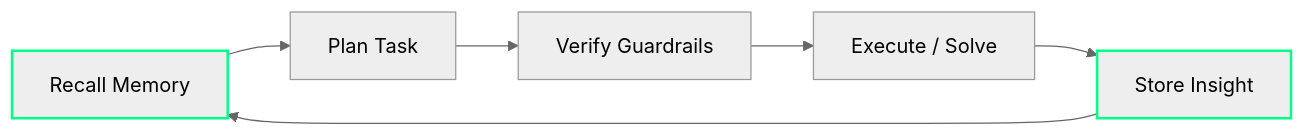
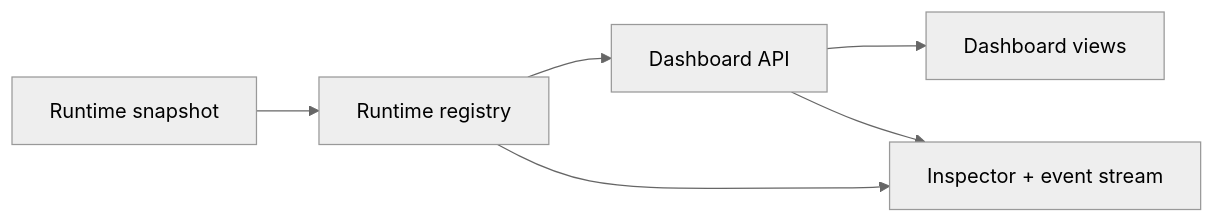
Before and after one commit to sir-ad/nexus-prime: the seventh of 8 diagrams in docs/ARCHITECTURE_DIAGRAMS.md, drawn with Mermaid (neutral theme). The commit also changed other lines of this file and 46 other files, not shown here.

````diff
--- a/docs/ARCHITECTURE_DIAGRAMS.md
+++ b/docs/ARCHITECTURE_DIAGRAMS.md
@@ -83,11 +121,12 @@
 ```mermaid
 flowchart LR
-    A["Recall Memory"] --> B["Plan Task"]
-    B --> C["Verify Guardrails"]
-    C --> D["Execute / Solve"]
-    D --> E["Store Insight"]
-    E --> A
-    
-    style A stroke:#00ff88,stroke-width:2px
-    style E stroke:#00ff88,stroke-width:2px
+    Runtime["Runtime snapshot"]
+    Registry["Runtime registry"]
+    API["Dashboard API"]
+    UI["Dashboard views"]
+    Inspector["Inspector + event stream"]
+
+    Runtime --> Registry --> API --> UI
+    Registry --> Inspector
+    API --> Inspector
 ```
````
